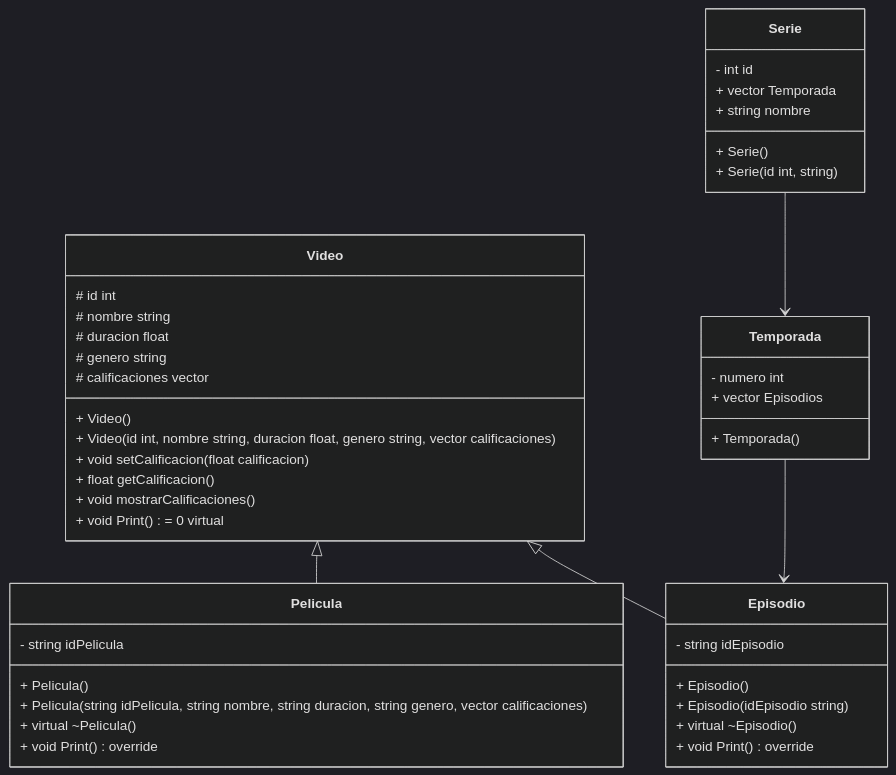
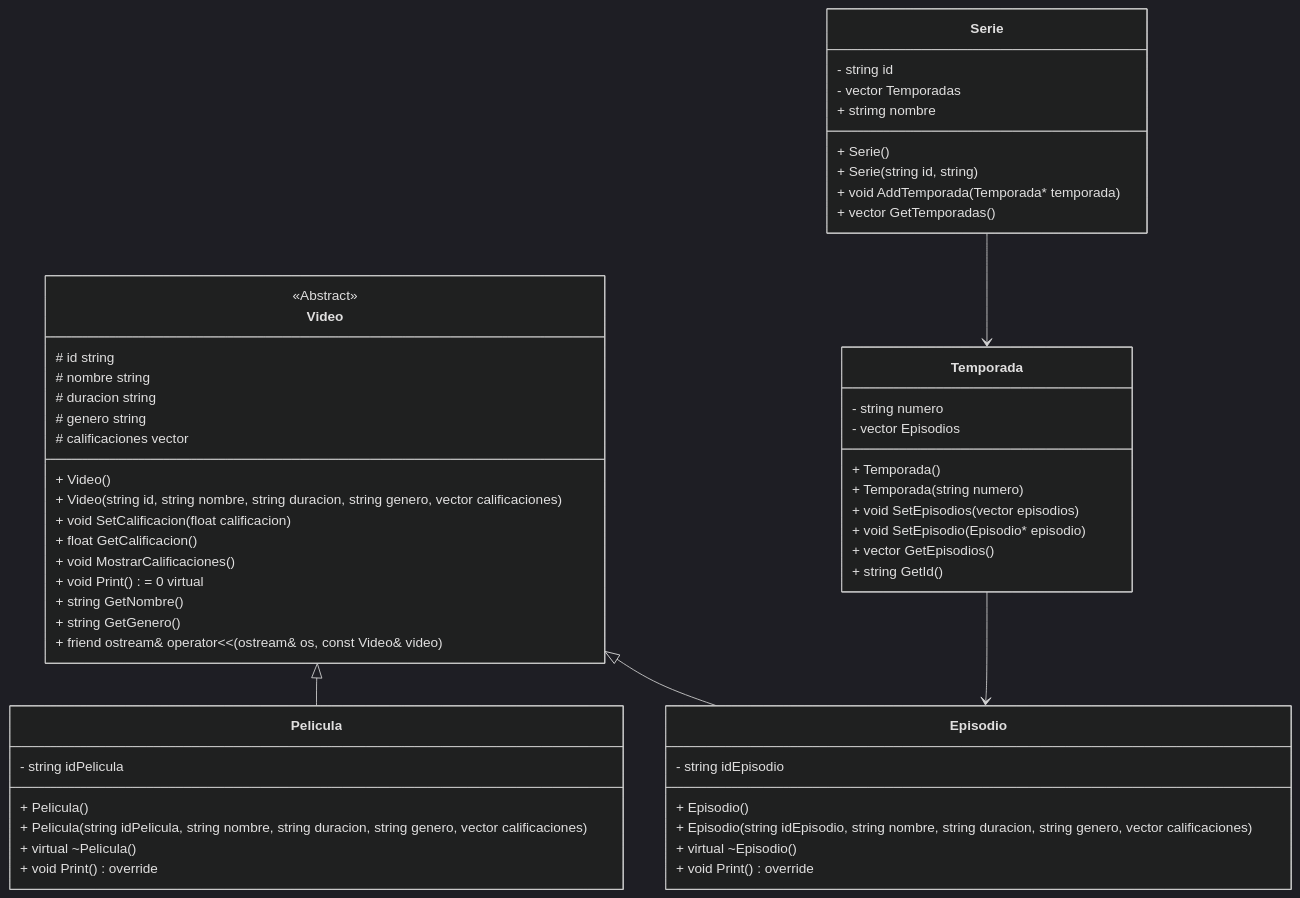
One commit to HectorGtz27/VideoStreamingApp changed the diagram in README.md. Above: the diagram before and after it, drawn with Mermaid (dark theme). The commit also changed 1 other file, not shown here.

````diff
--- a/README.md
+++ b/README.md
@@ -50,44 +50,55 @@
 ```mermaid
 classDiagram
       class Video
       Video <|-- Pelicula
       Serie --> Temporada
       Video <|-- Episodio
       Temporada --> Episodio
+      <<Abstract>> Video
 
-      Video: # id int 
+      Video: # id string 
       Video: # nombre string
-      Video: # duracion float
+      Video: # duracion string 
       Video: # genero string
       Video: # calificaciones vector<float> 
-
       Video: + Video()
-      Video: + Video(id int, nombre string, duracion float, genero string, vector<float> calificaciones)
-    
-      Video: + void setCalificacion(float calificacion) 
-      Video: + float getCalificacion() 
-      Video: + void mostrarCalificaciones() 
+      Video: + Video( string id, string nombre,  string duracion, string genero,  vector<float> calificaciones)
+      Video: + void SetCalificacion(float calificacion) 
+      Video: + float GetCalificacion() 
+      Video: + void MostrarCalificaciones() 
       Video: + void Print() = 0 virtual 
+      Video: + string GetNombre()
+      Video: + string GetGenero()
+      Video: + friend ostream& operator<<(ostream& os, const Video& video)
+      
 
       Pelicula: - string idPelicula
       Pelicula: + Pelicula()
-      Pelicula: + Pelicula(string idPelicula, string nombre, string duracion, string genero, vector<float> calificaciones)
+      Pelicula: + Pelicula( string idPelicula, string nombre,  string duracion, string genero,  vector<float> calificaciones)
       Pelicula: + virtual ~Pelicula()
-      Pelicula: + void Print() override    
-     
-      Serie: - int id 
-      Serie: + Serie()
-      Serie: + Serie(id int, string)
-      Serie: + vector<Temporada> Temporada
-      Serie: + string nombre
-
-      Temporada: - numero int
-      Temporada: + Temporada()
-      Temporada: + vector<Episodio> Episodios
+      Pelicula: + void Print() override   
 
       Episodio: - string idEpisodio
       Episodio: + Episodio()
-      Episodio: + Episodio(idEpisodio string)
+      Episodio: +  Episodio( string idEpisodio, string nombre,  string duracion, string genero, vector<float> calificaciones)
       Episodio: + virtual ~Episodio()
-      Episodio: + void Print() override
+      Episodio: + void Print() override 
+     
+      Serie: - string id
+      Serie: - vector<Temporada*> Temporadas 
+      Serie: + Serie()
+      Serie: + Serie( string id, string)
+      Serie: + void AddTemporada(Temporada* temporada)
+      Serie: + vector<Temporada*> GetTemporadas()
+      Serie: + strimg nombre
+
+
+      Temporada: - string numero
+	Temporada: - vector<Episodio*> Episodios
+	Temporada: + Temporada()
+	Temporada: + Temporada(string numero)
+	Temporada: + void SetEpisodios(vector<Episodio*> episodios)
+	Temporada: + void SetEpisodio(Episodio* episodio)
+	Temporada: + vector<Episodio*> GetEpisodios()
+	Temporada: + string GetId()
 ```
````
